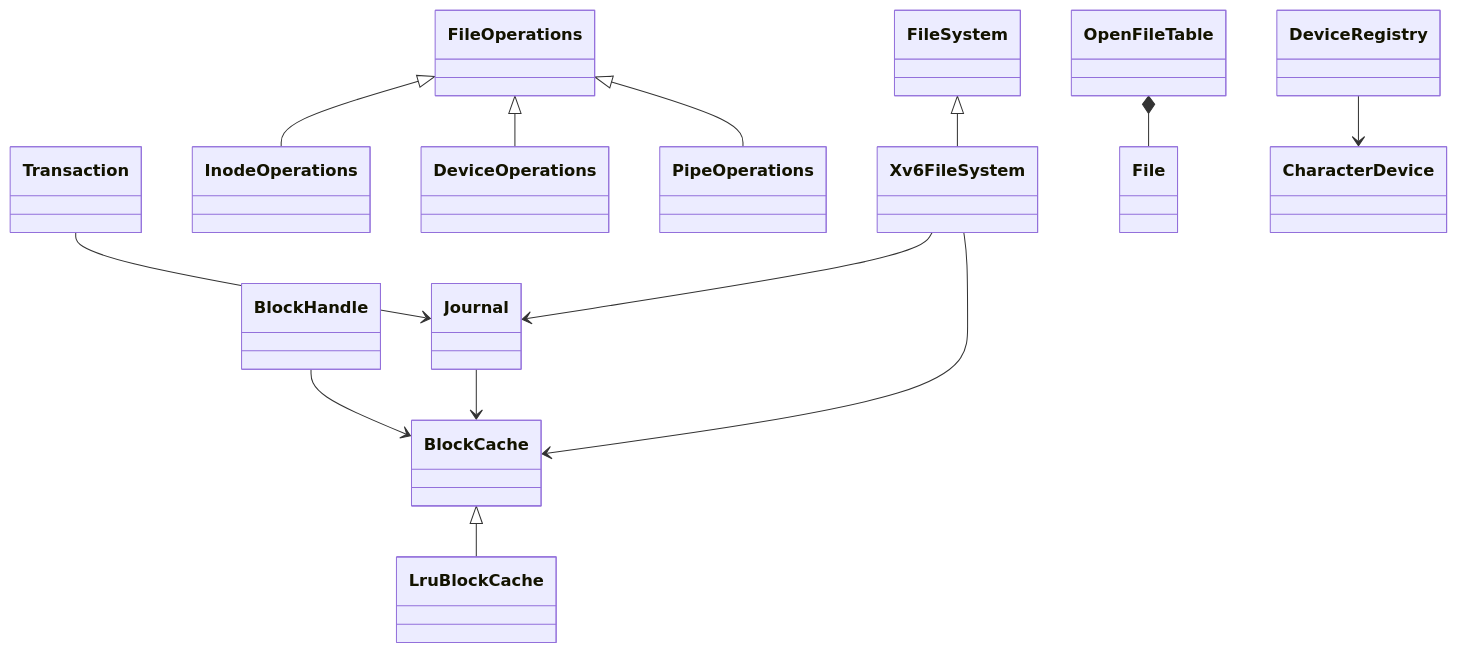
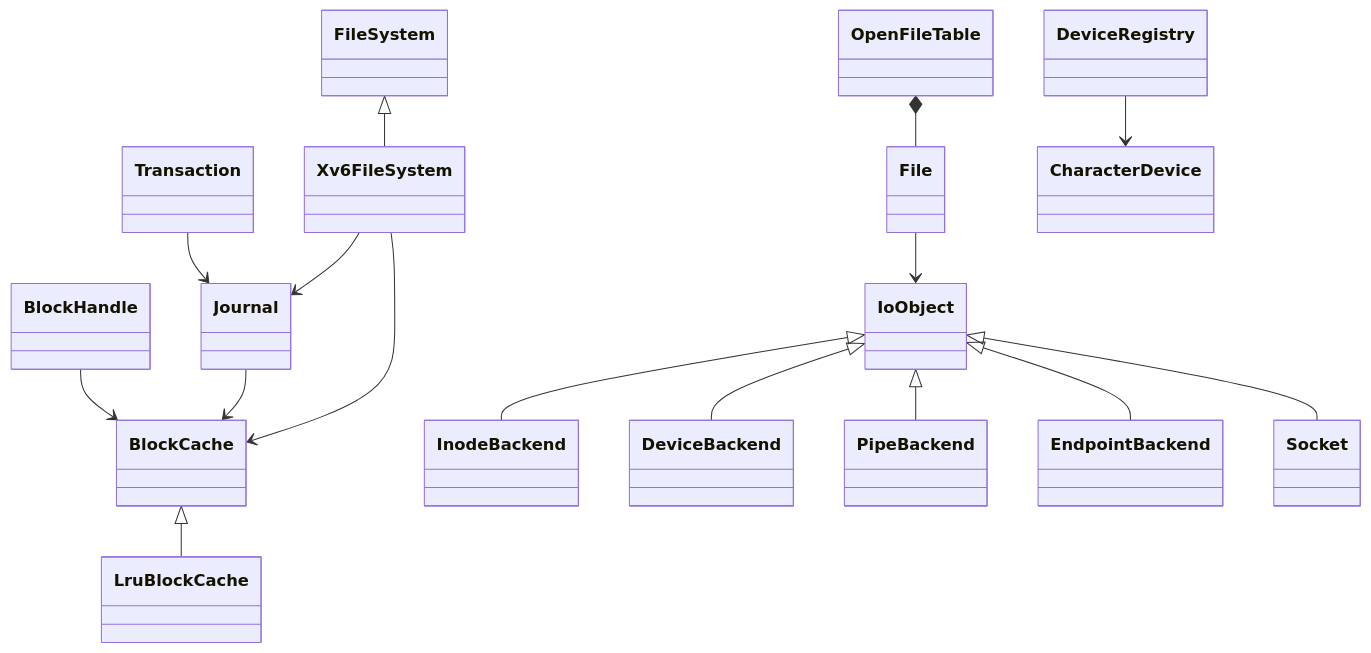
Before and after one commit to barrenham/xv6-cpp: the diagram in kernel/fs/README.md, drawn with Mermaid. The commit also changed other lines of this file and 207 other files, not shown here.

````diff
--- a/kernel/fs/README.md
+++ b/kernel/fs/README.md
@@ -20,15 +20,18 @@
 ```mermaid
 classDiagram
   BlockCache <|-- LruBlockCache
   FileSystem <|-- Xv6FileSystem
-  FileOperations <|-- InodeOperations
-  FileOperations <|-- DeviceOperations
-  FileOperations <|-- PipeOperations
+  File --> IoObject
+  IoObject <|-- InodeBackend
+  IoObject <|-- DeviceBackend
+  IoObject <|-- PipeBackend
+  IoObject <|-- EndpointBackend
+  IoObject <|-- Socket
   BlockHandle --> BlockCache
   Transaction --> Journal
   Journal --> BlockCache
   Xv6FileSystem --> Journal
   Xv6FileSystem --> BlockCache
   OpenFileTable *-- File
   DeviceRegistry --> CharacterDevice
 ```
````
